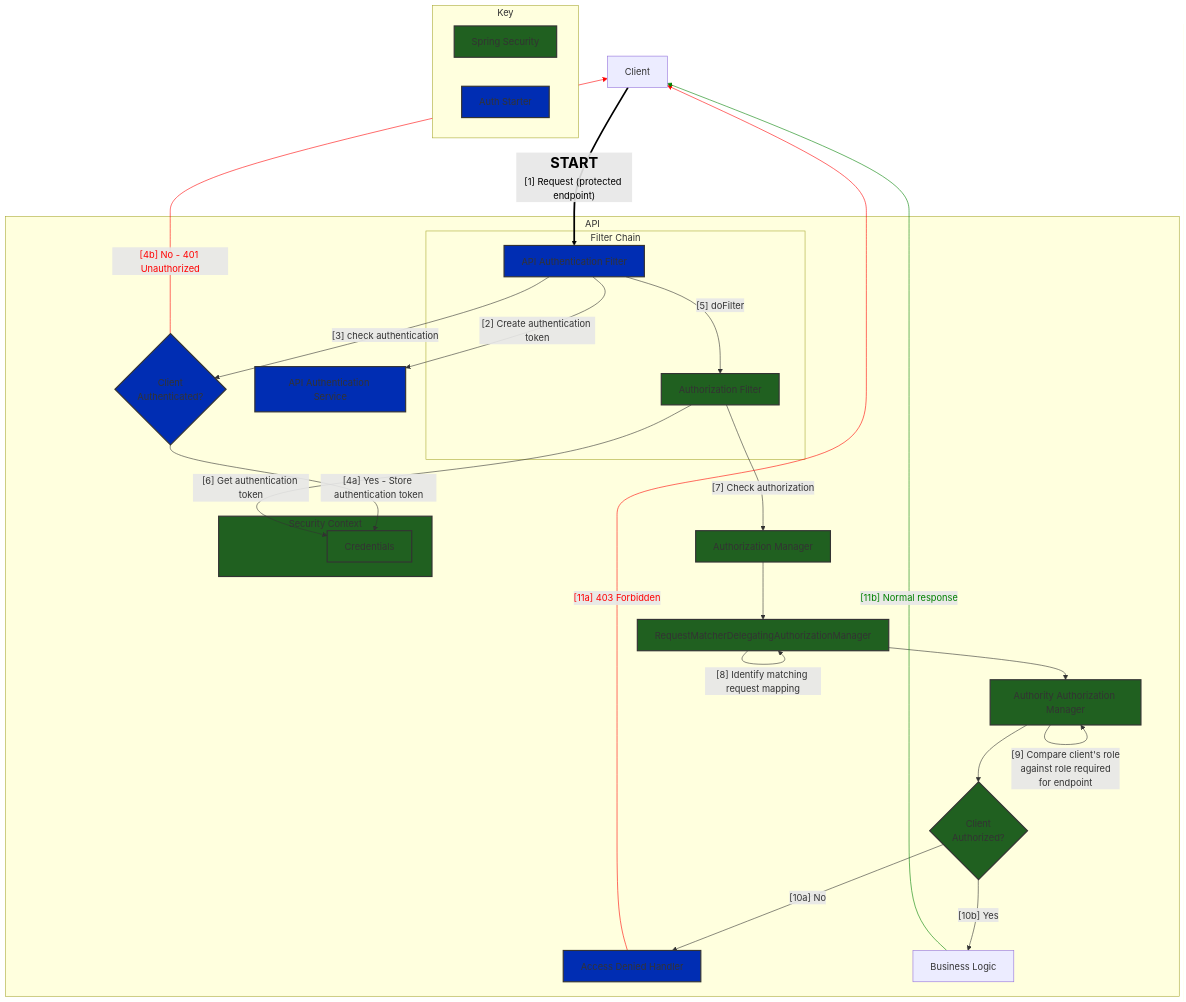
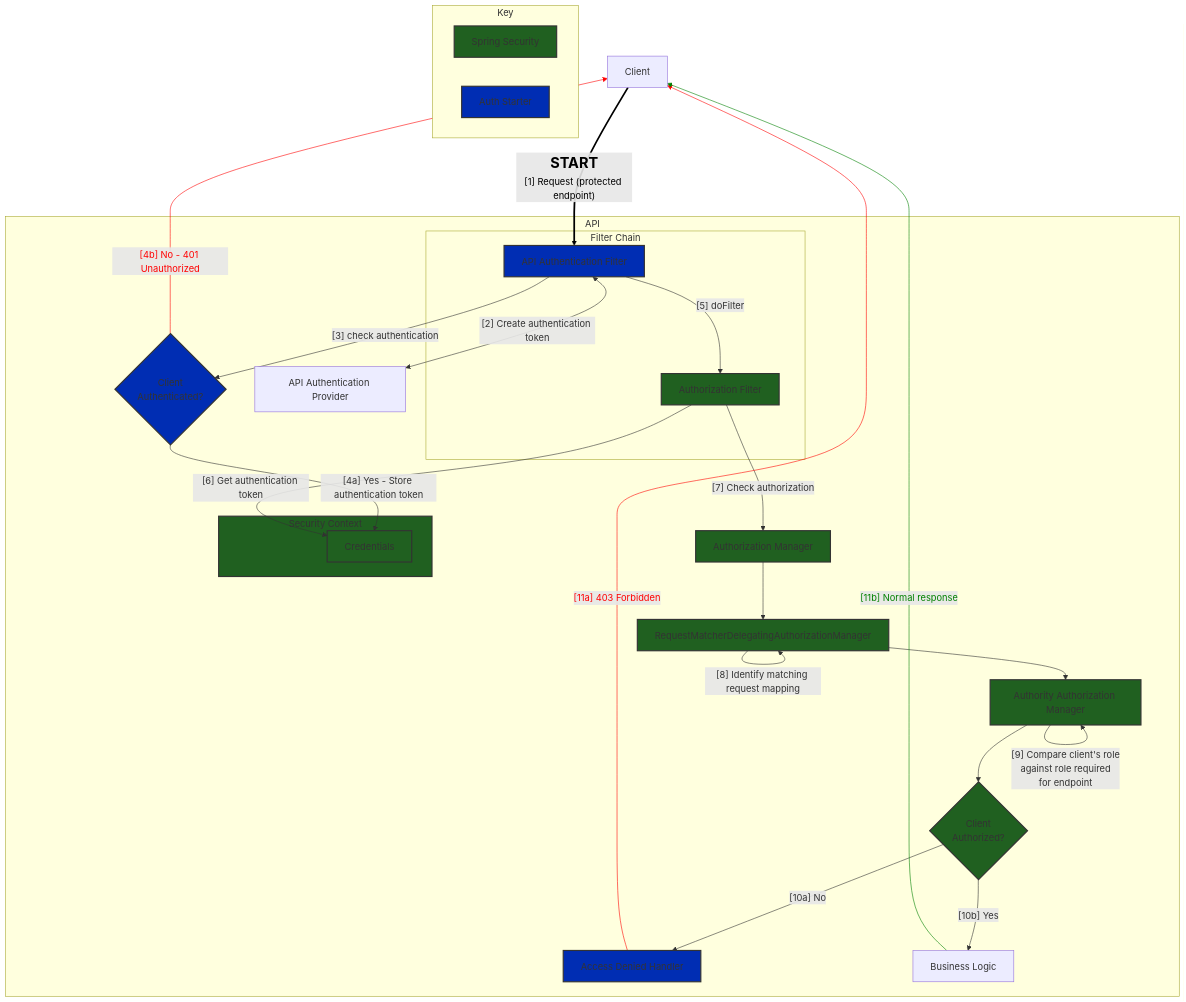
The diagram in laa-ccms-spring-boot-starters/laa-ccms-spring-boot-starter-auth/README.md (ministryofjustice/laa-spring-boot-common), drawn with Mermaid before and after one commit. The commit also changed 11 other files, not shown here.

````diff
--- a/laa-ccms-spring-boot-starters/laa-ccms-spring-boot-starter-auth/README.md
+++ b/laa-ccms-spring-boot-starters/laa-ccms-spring-boot-starter-auth/README.md
@@ -90,78 +90,78 @@
 ```mermaid
 graph
     
     subgraph key["Key"]
         green["Spring Security"]
         blue["Auth Starter"]
     end
 
     client["Client"]
     
     subgraph api["API"]
 
         subgraph filterChain["Filter Chain"]
             authenticationFilter["API Authentication Filter"]
             authorizationFilter["Authorization Filter"]
         end
         
-        authenticationService["API Authentication Service"]
+        authenticationProvider["API Authentication Provider"]
         
         authorizationM["Authorization Manager"]
         rmdAuthorizationM["RequestMatcherDelegatingAuthorizationManager"]
         authorityAuthorizationM["Authority Authorization Manager"]
         
         authorizationCheck{"Client<br>Authorized?"}
         accessDeniedHandler["Access Denied Handler"]
         businessLogic["Business Logic"]
 
         subgraph securityContext["Security Context"]
             creds["Credentials"]
         end
 
         authenticationCheck{"Client<br>Authenticated?"}
         
     end
     
     client -- <span style='color:black;font-weight:bold;font-size:25px' style=''>START</span><br>[1] Request (protected endpoint) --> authenticationFilter
 
-    authenticationFilter -- [2] Create authentication token --> authenticationService
+    authenticationFilter <-- [2] Create authentication token --> authenticationProvider
     
     authenticationFilter -- [3] check authentication --> authenticationCheck
 
     authenticationCheck -- [4a] Yes - Store authentication token --> creds
     
     authenticationCheck -- [4b] No - 401 Unauthorized --> client
     
     authenticationFilter -- [5] doFilter --> authorizationFilter
 
     authorizationFilter -- [6] Get authentication token --> creds
 
     authorizationFilter -- [7] Check authorization --> authorizationM
     
     authorizationM --> rmdAuthorizationM
 
     rmdAuthorizationM -- [8] Identify matching request mapping --> rmdAuthorizationM
 
     rmdAuthorizationM --> authorityAuthorizationM
 
     authorityAuthorizationM -- [9] Compare client's role<br>against role required<br>for endpoint --> authorityAuthorizationM
     
     authorityAuthorizationM --> authorizationCheck
     
     authorizationCheck -- [10a] No --> accessDeniedHandler
     accessDeniedHandler -- [11a] 403 Forbidden --> client
 
     authorizationCheck -- [10b] Yes --> businessLogic
     businessLogic -- [11b] Normal response --> client
 
 
     classDef green fill:#206020,stroke:#333,stroke-width:2px;
     classDef blue fill:#002db3,stroke:#333,stroke-width:2px;
     class green,authorizationFilter,authM,authP,providerM,securityContext,creds,authorizationM,rmdAuthorizationM,authorizationCheck,authorityAuthorizationM green
     class blue,authenticationFilter,authenticationService,accessDeniedHandler,authenticationCheck blue
     linkStyle 0 stroke-width:3px,stroke:black,color:black
     
     linkStyle 4 stroke:red,color:red
     linkStyle 14 stroke:red,color:red
     linkStyle 16 stroke:green,color:green
 ```
````
